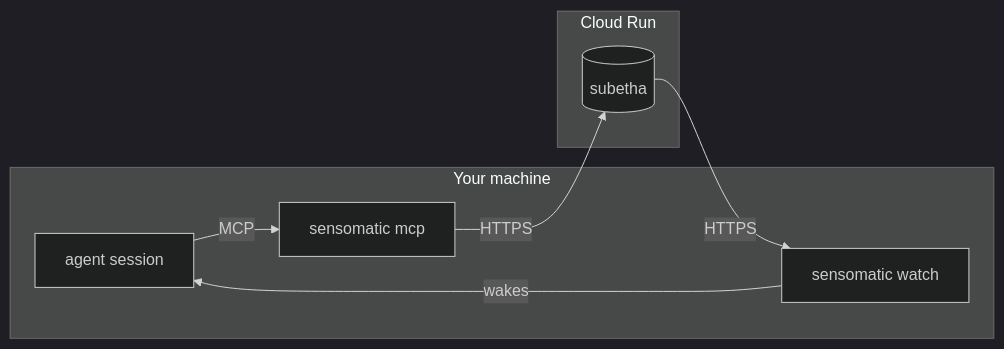
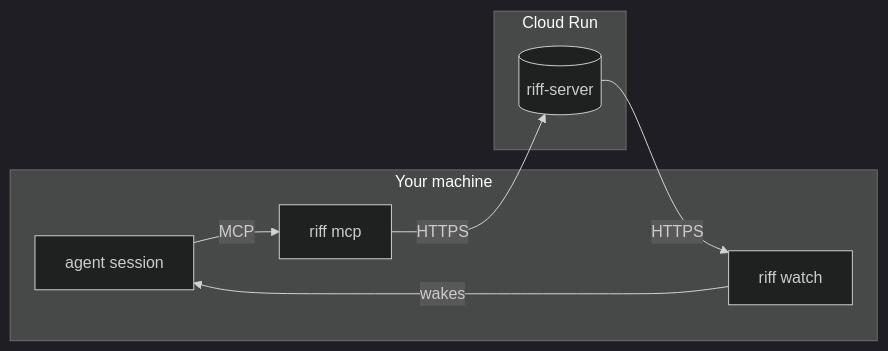
The first of 4 diagrams in docs/src/how-it-works.md (como-technologies/riff), drawn with Mermaid (dark theme) before and after one commit. The commit also changed other lines of this file and 15 other files, not shown here.

````diff
--- a/docs/src/how-it-works.md
+++ b/docs/src/how-it-works.md
@@ -5,12 +5,12 @@
 ```mermaid
 flowchart LR
     subgraph M["Your machine"]
-        S1[agent session] -- MCP --> C1["sensomatic mcp"]
-        W1["sensomatic watch"] -- wakes --> S1
+        S1[agent session] -- MCP --> C1["riff mcp"]
+        W1["riff watch"] -- wakes --> S1
     end
     subgraph R["Cloud Run"]
-        E[("subetha")]
+        E[("riff-server")]
     end
     C1 -- HTTPS --> E
     E -- HTTPS --> W1
 ```
````
